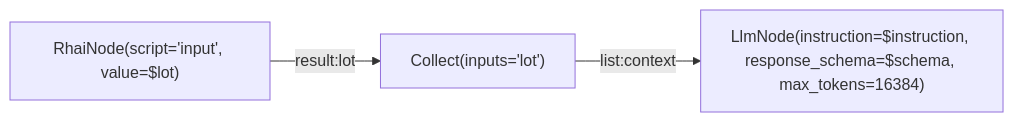
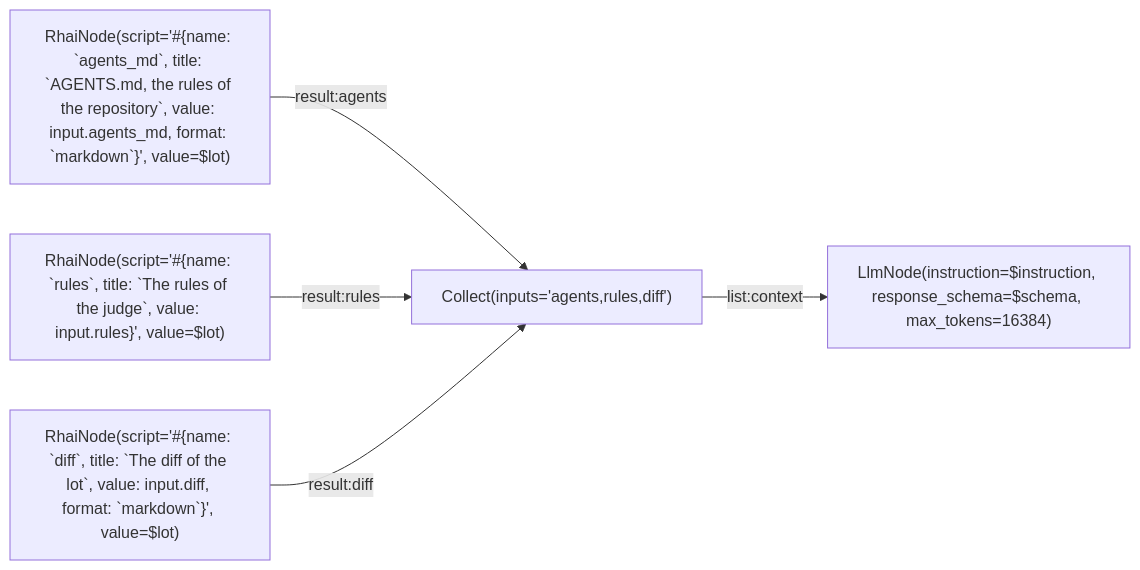
The diagram in extension/rag3weaver/templates/pusher/judge.mmd (L-Defraiteur/rag3db), drawn with Mermaid before and after one commit.

Commit message:
fix(rag3weaver): the judge's context is three titled parts — AGENTS.md, the judge's rules, the diff — each set by a node of its own from the lot

```diff
--- a/extension/rag3weaver/templates/pusher/judge.mmd
+++ b/extension/rag3weaver/templates/pusher/judge.mmd
@@ -1,13 +1,17 @@
 %% tool: lot_judge
 %% description: The lot judge (24 November 2026): reads a lot's diff, AGENTS.md and the judge's rules (templates/pusher/judge_rules.json), and gives findings {rule, file, line, excerpt, severity, why} and a summary. An opinion: it blocks nothing. The model comes from the registry the pusher gives (the llm service); the graph names none.
 %% param: lot json! -- {diff: the lot's diff (origin/master...head), agents_md: the text of AGENTS.md, rules: the rules of judge_rules.json}.
 %% param: instruction string = "Read the rules, then the diff. Report every added line that violates a rule, with its file, line and excerpt; report nothing that is not in an added line. When the lot is clean, give no finding." -- The task line, set before the rules and the diff; the meaning of each field is in the schema's descriptions.
 %% param: schema json = {"type": "object", "additionalProperties": false, "required": ["findings", "summary"], "properties": {"findings": {"type": "array", "description": "Every violation found in the diff's added lines, one per place; none when the lot is clean. Never a finding without its file and its excerpt.", "items": {"type": "object", "additionalProperties": false, "required": ["rule", "file", "line", "excerpt", "severity", "why"], "properties": {"rule": {"type": "string", "description": "The id of the rule violated, from the rules given."}, "file": {"type": "string", "description": "The file of the diff, as its header names it."}, "line": {"type": "integer", "description": "The line in the new file, read from the hunk header; 0 when it cannot be read."}, "excerpt": {"type": "string", "description": "The added line, or the shortest part of it that shows the violation, copied as it is."}, "severity": {"type": "string", "enum": ["high", "medium", "low"], "description": "The rule's severity, lowered when the case is borderline."}, "why": {"type": "string", "description": "One sentence: what the line does against the rule, and what the rule would have it be."}}}}, "summary": {"type": "string", "description": "One sentence: how many findings, and the most serious one; or that the lot is clean."}}} -- The shape of the report.
 %% result: model.json
 
 graph LR
-    lot["RhaiNode(script='input', value=$lot)"]
-    parts["Collect(inputs='lot')"]
+    agents["RhaiNode(script='#{name: `agents_md`, title: `AGENTS.md, the rules of the repository`, value: input.agents_md, format: `markdown`}', value=$lot)"]
+    rules["RhaiNode(script='#{name: `rules`, title: `The rules of the judge`, value: input.rules}', value=$lot)"]
+    diff["RhaiNode(script='#{name: `diff`, title: `The diff of the lot`, value: input.diff, format: `markdown`}', value=$lot)"]
+    parts["Collect(inputs='agents,rules,diff')"]
     model["LlmNode(instruction=$instruction, response_schema=$schema, max_tokens=16384)"]
-    lot -->|result:lot| parts
+    agents -->|result:agents| parts
+    rules -->|result:rules| parts
+    diff -->|result:diff| parts
     parts -->|list:context| model
```
